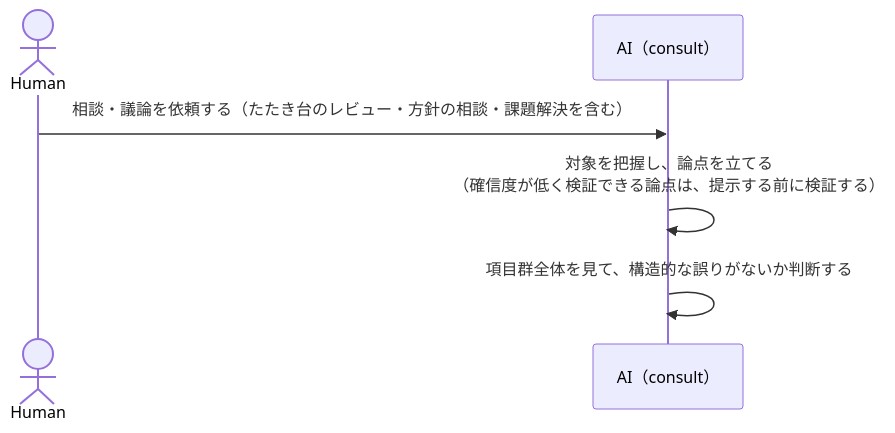
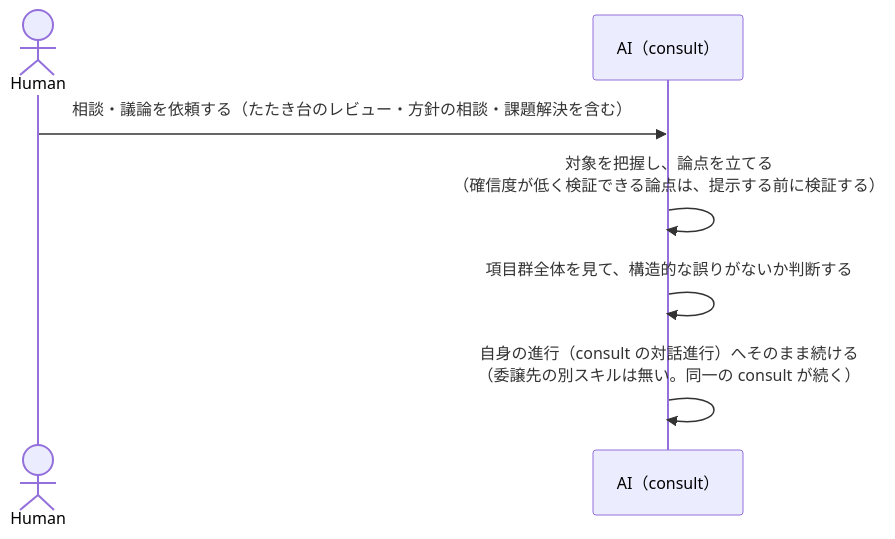
The second of 3 diagrams in docs/specs/consult/design/DES-078_consult_dialogue_flow_design.md (BlueEventHorizon/bw-cc-plugins), drawn with Mermaid before and after one commit. The commit also changed other lines of this file, not shown here.

First line of the commit message:
docs(consult): DES-078のシーケンス図でreview/consultのアクター表現を修正し、同一アクターであることを明確化する

````diff
--- a/docs/specs/consult/design/DES-078_consult_dialogue_flow_design.md
+++ b/docs/specs/consult/design/DES-078_consult_dialogue_flow_design.md
@@ -46,9 +47,10 @@
 ```mermaid
 sequenceDiagram
     actor Human
     participant AI as AI（consult）
 
     Human->>AI: 相談・議論を依頼する（たたき台のレビュー・方針の相談・課題解決を含む）
     AI->>AI: 対象を把握し、論点を立てる<br/>（確信度が低く検証できる論点は、提示する前に検証する）
     AI->>AI: 項目群全体を見て、構造的な誤りがないか判断する
+    AI->>AI: 自身の進行（consult の対話進行）へそのまま続ける<br/>（委譲先の別スキルは無い。同一の consult が続く）
 ```
````
